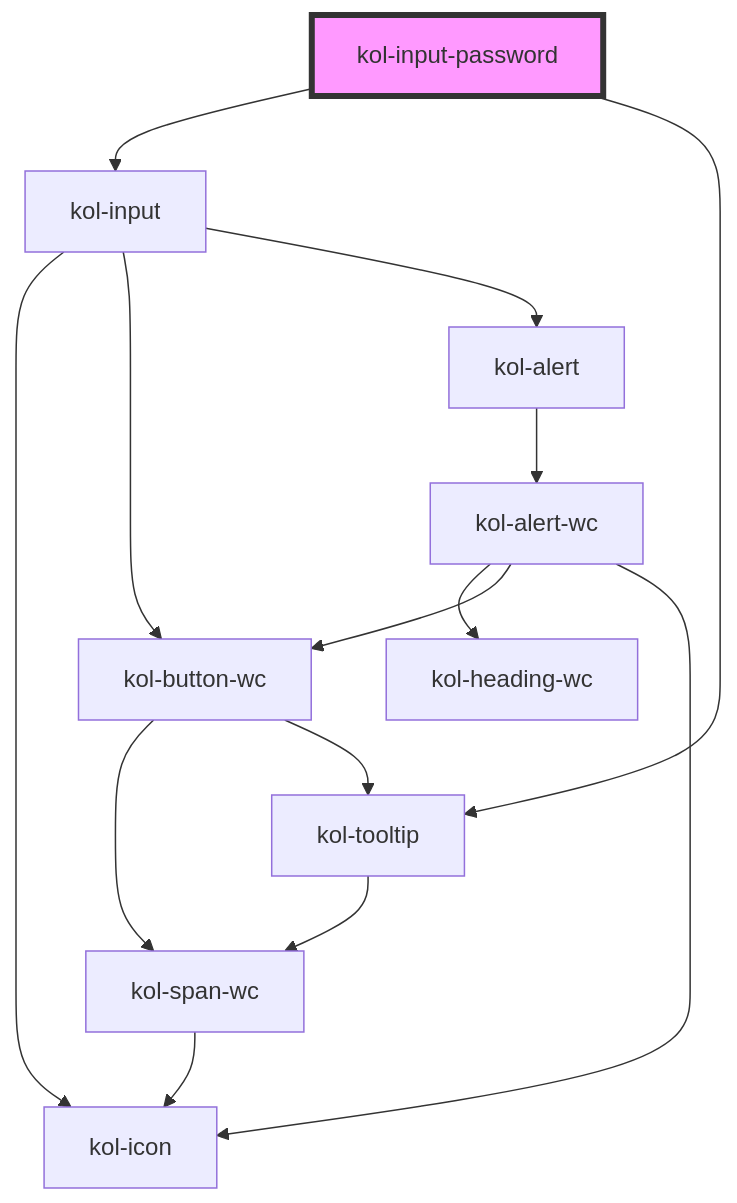
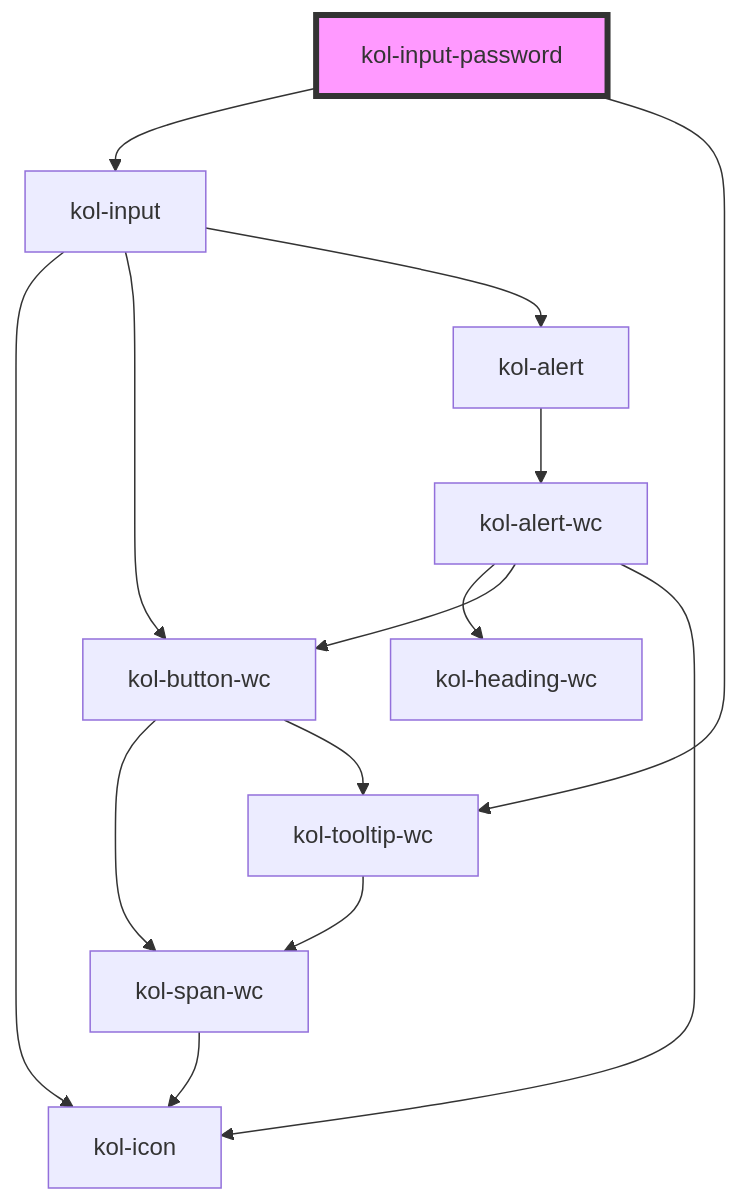
The diagram in packages/components/src/components/input-password/readme.md (public-ui/kolibri), drawn with Mermaid before and after one commit. The commit also changed other lines of this file and 99 other files, not shown here.

````diff
--- a/packages/components/src/components/input-password/readme.md
+++ b/packages/components/src/components/input-password/readme.md
@@ -85,17 +85,17 @@
 ```mermaid
 graph TD;
   kol-input-password --> kol-input
-  kol-input-password --> kol-tooltip
+  kol-input-password --> kol-tooltip-wc
   kol-input --> kol-icon
   kol-input --> kol-button-wc
   kol-input --> kol-alert
   kol-button-wc --> kol-span-wc
-  kol-button-wc --> kol-tooltip
+  kol-button-wc --> kol-tooltip-wc
   kol-span-wc --> kol-icon
-  kol-tooltip --> kol-span-wc
+  kol-tooltip-wc --> kol-span-wc
   kol-alert --> kol-alert-wc
   kol-alert-wc --> kol-heading-wc
   kol-alert-wc --> kol-button-wc
   kol-alert-wc --> kol-icon
   style kol-input-password fill:#f9f,stroke:#333,stroke-width:4px
 ```
````
